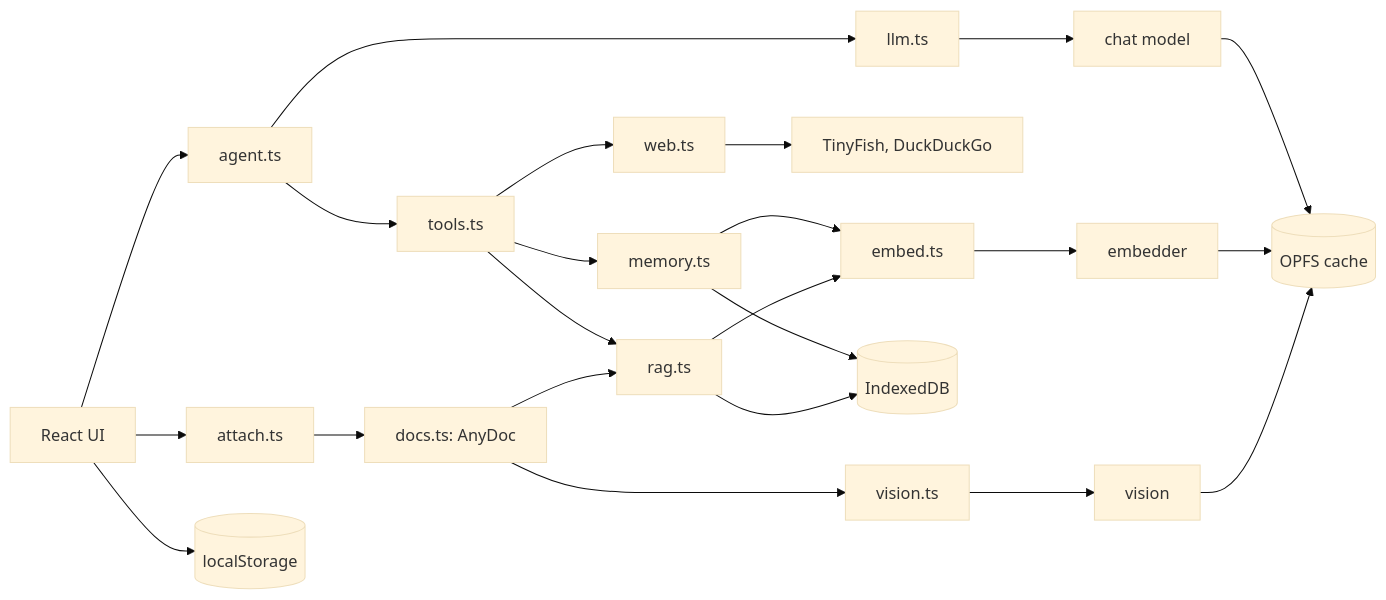
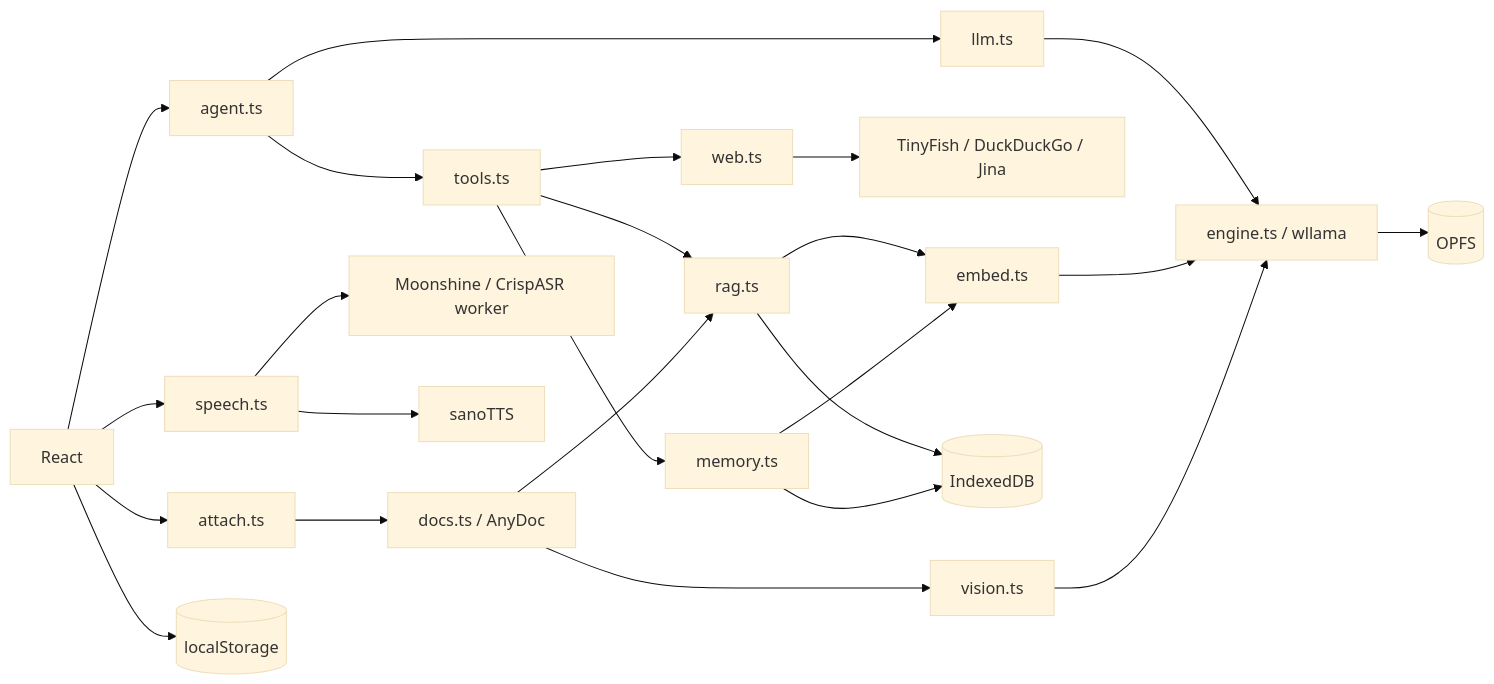
One commit to bharathajjarapu/Locus changed the diagram in README.md. Above: the diagram before and after it, drawn with Mermaid (base theme). The commit also changed other lines of this file, not shown here.

````diff
--- a/README.md
+++ b/README.md
@@ -56,23 +36,22 @@
 ```mermaid
 flowchart LR
-  UI["React UI"] --> Agent["agent.ts"]
-  Agent --> LLM["llm.ts"]
-  Agent --> Tools["tools.ts"]
-  Tools --> RAG["rag.ts"]
-  Tools --> Memory["memory.ts"]
-  Tools --> Web["web.ts"]
-  Web --> Net["TinyFish, DuckDuckGo"]
-  Memory --> Embed
-  Memory --> DB
-  RAG --> Embed["embed.ts"]
-  RAG --> DB[("IndexedDB")]
-  LLM --> W1["chat model"]
-  Embed --> W2["embedder"]
-  UI --> Attach["attach.ts"]
-  Attach --> Docs["docs.ts: AnyDoc"]
-  Docs --> Vision["vision.ts"]
+  UI[React] --> Agent[agent.ts]
+  Agent --> Chat[llm.ts]
+  Agent --> Tools[tools.ts]
+  Tools --> RAG[rag.ts]
+  Tools --> Memory[memory.ts]
+  Tools --> Web[web.ts]
+  Web --> Network[TinyFish / DuckDuckGo / Jina]
+  RAG & Memory --> Embed[embed.ts]
+  RAG & Memory --> DB[(IndexedDB)]
+  UI --> Attach[attach.ts]
+  Attach --> Docs[docs.ts / AnyDoc]
   Docs --> RAG
-  Vision --> W3["vision"]
-  W1 & W2 & W3 --> OPFS[("OPFS cache")]
-  UI --> Store[("localStorage")]
+  Docs --> Vision[vision.ts]
+  Chat & Embed & Vision --> Runtime[engine.ts / wllama]
+  Runtime --> Cache[(OPFS)]
+  UI --> Voice[speech.ts]
+  Voice --> ASR[Moonshine / CrispASR worker]
+  Voice --> TTS[sanoTTS]
+  UI --> Store[(localStorage)]
 ```
````
